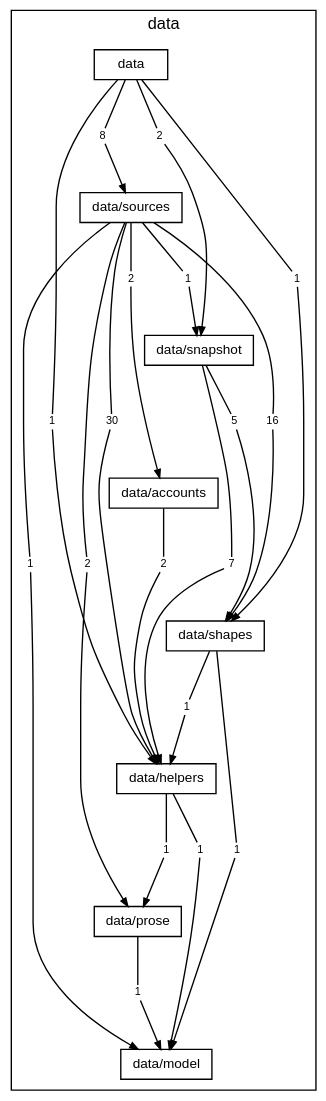
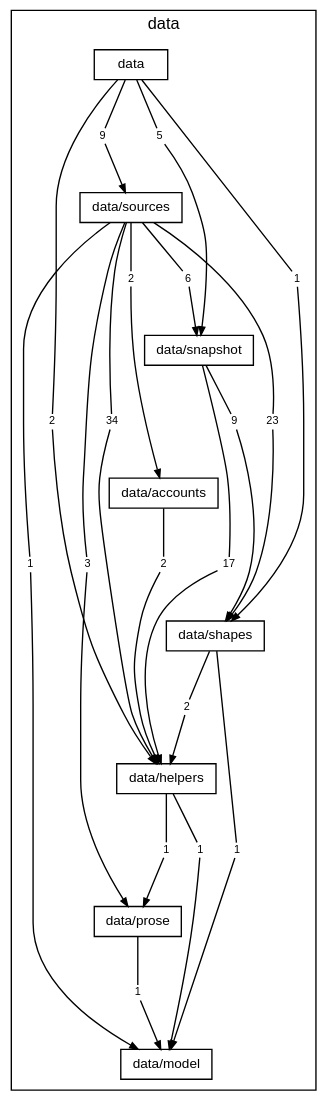
One commit to TheAxeC/oculus changed the diagram in docs/diagrams/layer-data.dot. Above: the diagram before and after it, drawn with Graphviz. The commit also changed 162 other files, not shown here.

```diff
--- a/docs/diagrams/layer-data.dot
+++ b/docs/diagrams/layer-data.dot
@@ -1,77 +1,77 @@
 digraph layer_data {
     graph [bgcolor="transparent", rankdir=TB, newrank=true, mclimit=4, fontname="Helvetica,Arial,sans-serif", fontsize=12, nodesep=0.2, ranksep=0.5];
     node [shape=box, color="black", fontcolor="black", fontname="Helvetica,Arial,sans-serif", fontsize=10, height=0.3, margin="0.12,0.04"];
     edge [color="black", fontcolor="black", fontname="Helvetica,Arial,sans-serif", fontsize=8, arrowsize=0.6];
     subgraph "cluster_data" {
         label="data"; style=solid;
         "folder data" [label="data"];
         "folder data/sources" [label="data/sources"];
         "folder data/snapshot" [label="data/snapshot"];
         "folder data/accounts" [label="data/accounts"];
         "folder data/shapes" [label="data/shapes"];
         "folder data/helpers" [label="data/helpers"];
         "folder data/prose" [label="data/prose"];
         "folder data/model" [label="data/model"];
-        "folder data to folder data/helpers" [label="1", shape=box, color="transparent", fontsize=8, width=0, height=0, margin="0.04,0.02"];
+        "folder data to folder data/helpers" [label="2", shape=box, color="transparent", fontsize=8, width=0, height=0, margin="0.04,0.02"];
         "folder data to folder data/shapes" [label="1", shape=box, color="transparent", fontsize=8, width=0, height=0, margin="0.04,0.02"];
-        "folder data to folder data/snapshot" [label="2", shape=box, color="transparent", fontsize=8, width=0, height=0, margin="0.04,0.02"];
-        "folder data to folder data/sources" [label="8", shape=box, color="transparent", fontsize=8, width=0, height=0, margin="0.04,0.02"];
+        "folder data to folder data/snapshot" [label="5", shape=box, color="transparent", fontsize=8, width=0, height=0, margin="0.04,0.02"];
+        "folder data to folder data/sources" [label="9", shape=box, color="transparent", fontsize=8, width=0, height=0, margin="0.04,0.02"];
         "folder data/sources to folder data/accounts" [label="2", shape=box, color="transparent", fontsize=8, width=0, height=0, margin="0.04,0.02"];
-        "folder data/sources to folder data/helpers" [label="30", shape=box, color="transparent", fontsize=8, width=0, height=0, margin="0.04,0.02"];
+        "folder data/sources to folder data/helpers" [label="34", shape=box, color="transparent", fontsize=8, width=0, height=0, margin="0.04,0.02"];
         "folder data/sources to folder data/model" [label="1", shape=box, color="transparent", fontsize=8, width=0, height=0, margin="0.04,0.02"];
-        "folder data/sources to folder data/prose" [label="2", shape=box, color="transparent", fontsize=8, width=0, height=0, margin="0.04,0.02"];
-        "folder data/sources to folder data/shapes" [label="16", shape=box, color="transparent", fontsize=8, width=0, height=0, margin="0.04,0.02"];
-        "folder data/sources to folder data/snapshot" [label="1", shape=box, color="transparent", fontsize=8, width=0, height=0, margin="0.04,0.02"];
-        "folder data/snapshot to folder data/helpers" [label="7", shape=box, color="transparent", fontsize=8, width=0, height=0, margin="0.04,0.02"];
-        "folder data/snapshot to folder data/shapes" [label="5", shape=box, color="transparent", fontsize=8, width=0, height=0, margin="0.04,0.02"];
+        "folder data/sources to folder data/prose" [label="3", shape=box, color="transparent", fontsize=8, width=0, height=0, margin="0.04,0.02"];
+        "folder data/sources to folder data/shapes" [label="23", shape=box, color="transparent", fontsize=8, width=0, height=0, margin="0.04,0.02"];
+        "folder data/sources to folder data/snapshot" [label="6", shape=box, color="transparent", fontsize=8, width=0, height=0, margin="0.04,0.02"];
+        "folder data/snapshot to folder data/helpers" [label="17", shape=box, color="transparent", fontsize=8, width=0, height=0, margin="0.04,0.02"];
+        "folder data/snapshot to folder data/shapes" [label="9", shape=box, color="transparent", fontsize=8, width=0, height=0, margin="0.04,0.02"];
         "folder data/accounts to folder data/helpers" [label="2", shape=box, color="transparent", fontsize=8, width=0, height=0, margin="0.04,0.02"];
-        "folder data/shapes to folder data/helpers" [label="1", shape=box, color="transparent", fontsize=8, width=0, height=0, margin="0.04,0.02"];
+        "folder data/shapes to folder data/helpers" [label="2", shape=box, color="transparent", fontsize=8, width=0, height=0, margin="0.04,0.02"];
         "folder data/shapes to folder data/model" [label="1", shape=box, color="transparent", fontsize=8, width=0, height=0, margin="0.04,0.02"];
         "folder data/helpers to folder data/model" [label="1", shape=box, color="transparent", fontsize=8, width=0, height=0, margin="0.04,0.02"];
         "folder data/helpers to folder data/prose" [label="1", shape=box, color="transparent", fontsize=8, width=0, height=0, margin="0.04,0.02"];
         "folder data/prose to folder data/model" [label="1", shape=box, color="transparent", fontsize=8, width=0, height=0, margin="0.04,0.02"];
     }
     "folder data" -> "folder data/sources" [style=invis, weight=10, minlen=2];
     "folder data/sources" -> "folder data/snapshot" [style=invis, weight=10, minlen=2];
     "folder data/snapshot" -> "folder data/accounts" [style=invis, weight=10, minlen=2];
     "folder data/accounts" -> "folder data/shapes" [style=invis, weight=10, minlen=2];
     "folder data/shapes" -> "folder data/helpers" [style=invis, weight=10, minlen=2];
     "folder data/helpers" -> "folder data/prose" [style=invis, weight=10, minlen=2];
     "folder data/prose" -> "folder data/model" [style=invis, weight=10, minlen=2];
     "folder data" -> "folder data to folder data/helpers" [arrowhead=none, minlen=5, weight=10];
     "folder data to folder data/helpers" -> "folder data/helpers" [];
     "folder data" -> "folder data to folder data/shapes" [arrowhead=none, minlen=3, weight=10];
     "folder data to folder data/shapes" -> "folder data/shapes" [];
     "folder data" -> "folder data to folder data/snapshot" [arrowhead=none, minlen=1, weight=10];
     "folder data to folder data/snapshot" -> "folder data/snapshot" [];
     "folder data" -> "folder data to folder data/sources" [arrowhead=none, minlen=1, weight=10];
     "folder data to folder data/sources" -> "folder data/sources" [];
     "folder data/sources" -> "folder data/sources to folder data/accounts" [arrowhead=none, minlen=1, weight=10];
     "folder data/sources to folder data/accounts" -> "folder data/accounts" [];
     "folder data/sources" -> "folder data/sources to folder data/helpers" [arrowhead=none, minlen=3, weight=10];
     "folder data/sources to folder data/helpers" -> "folder data/helpers" [];
     "folder data/sources" -> "folder data/sources to folder data/model" [arrowhead=none, minlen=5, weight=10];
     "folder data/sources to folder data/model" -> "folder data/model" [];
     "folder data/sources" -> "folder data/sources to folder data/prose" [arrowhead=none, minlen=5, weight=10];
     "folder data/sources to folder data/prose" -> "folder data/prose" [];
     "folder data/sources" -> "folder data/sources to folder data/shapes" [arrowhead=none, minlen=3, weight=10];
     "folder data/sources to folder data/shapes" -> "folder data/shapes" [];
     "folder data/sources" -> "folder data/sources to folder data/snapshot" [arrowhead=none, minlen=1, weight=10];
     "folder data/sources to folder data/snapshot" -> "folder data/snapshot" [];
     "folder data/snapshot" -> "folder data/snapshot to folder data/helpers" [arrowhead=none, minlen=3, weight=10];
     "folder data/snapshot to folder data/helpers" -> "folder data/helpers" [];
     "folder data/snapshot" -> "folder data/snapshot to folder data/shapes" [arrowhead=none, minlen=1, weight=10];
     "folder data/snapshot to folder data/shapes" -> "folder data/shapes" [];
     "folder data/accounts" -> "folder data/accounts to folder data/helpers" [arrowhead=none, minlen=1, weight=10];
     "folder data/accounts to folder data/helpers" -> "folder data/helpers" [];
     "folder data/shapes" -> "folder data/shapes to folder data/helpers" [arrowhead=none, minlen=1, weight=10];
     "folder data/shapes to folder data/helpers" -> "folder data/helpers" [];
     "folder data/shapes" -> "folder data/shapes to folder data/model" [arrowhead=none, minlen=3, weight=10];
     "folder data/shapes to folder data/model" -> "folder data/model" [];
     "folder data/helpers" -> "folder data/helpers to folder data/model" [arrowhead=none, minlen=1, weight=10];
     "folder data/helpers to folder data/model" -> "folder data/model" [];
     "folder data/helpers" -> "folder data/helpers to folder data/prose" [arrowhead=none, minlen=1, weight=10];
     "folder data/helpers to folder data/prose" -> "folder data/prose" [];
     "folder data/prose" -> "folder data/prose to folder data/model" [arrowhead=none, minlen=1, weight=10];
     "folder data/prose to folder data/model" -> "folder data/model" [];
 }
```
